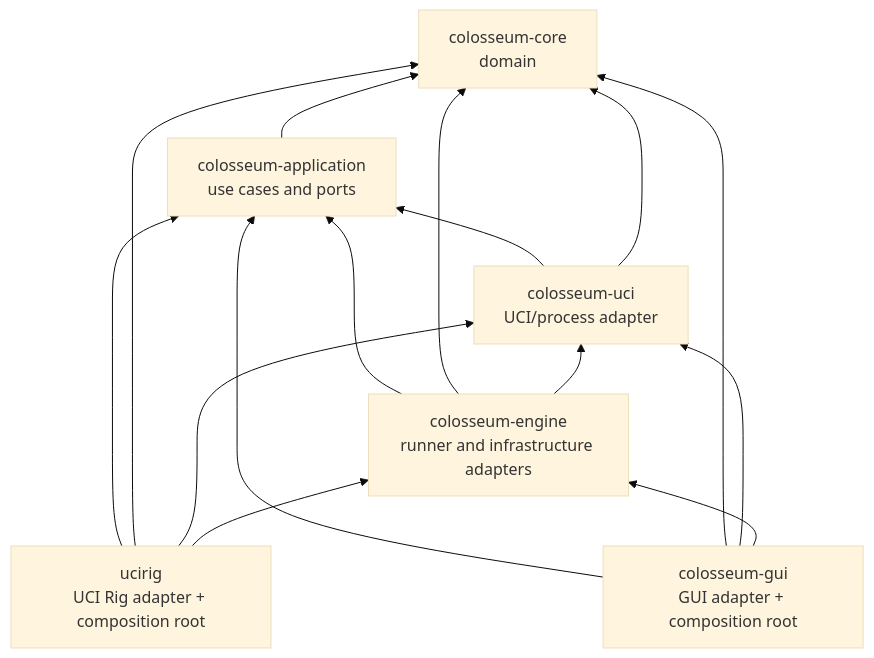
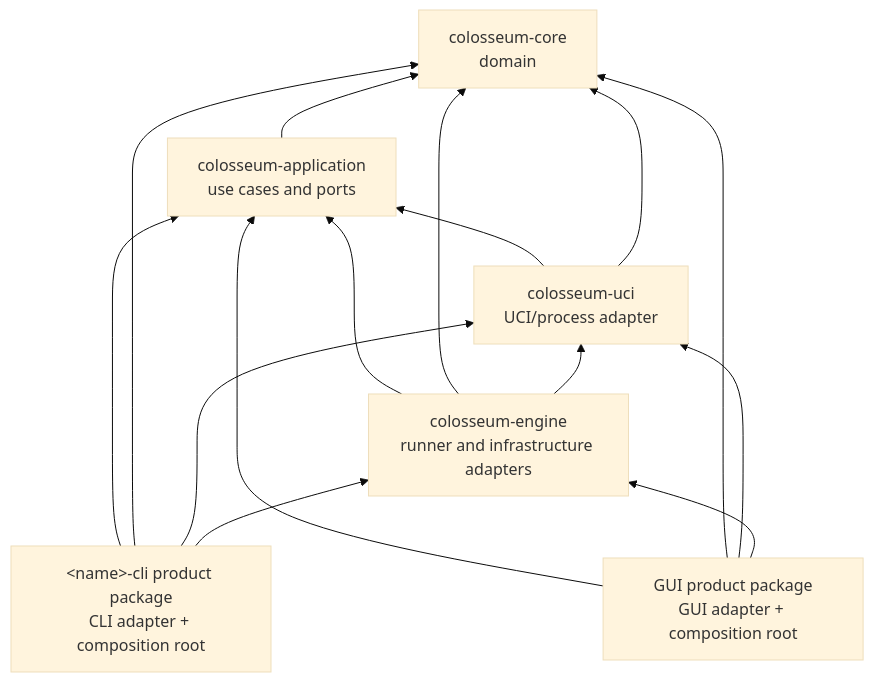
Before and after one commit to maelic13/colosseum: the first of 2 diagrams in docs/architecture/target-architecture.md, drawn with Mermaid (base theme). The commit also changed other lines of this file and 10 other files, not shown here.

Commit message:
Phase 0.7: review target architecture

````diff
--- a/docs/architecture/target-architecture.md
+++ b/docs/architecture/target-architecture.md
@@ -39,24 +41,24 @@
 ```mermaid
 flowchart BT
     CORE["colosseum-core<br/>domain"]
     APP["colosseum-application<br/>use cases and ports"]
     UCI["colosseum-uci<br/>UCI/process adapter"]
     ENGINE["colosseum-engine<br/>runner and infrastructure adapters"]
-    CLI["ucirig<br/>UCI Rig adapter + composition root"]
-    GUI["colosseum-gui<br/>GUI adapter + composition root"]
+    CLI["&lt;name&gt;-cli product package<br/>CLI adapter + composition root"]
+    GUI["GUI product package<br/>GUI adapter + composition root"]
 
     APP --> CORE
     UCI --> APP
     UCI --> CORE
     ENGINE --> APP
     ENGINE --> CORE
     ENGINE --> UCI
     CLI --> APP
     CLI --> CORE
     CLI --> UCI
     CLI --> ENGINE
     GUI --> APP
     GUI --> CORE
     GUI --> UCI
     GUI --> ENGINE
 ```
````
